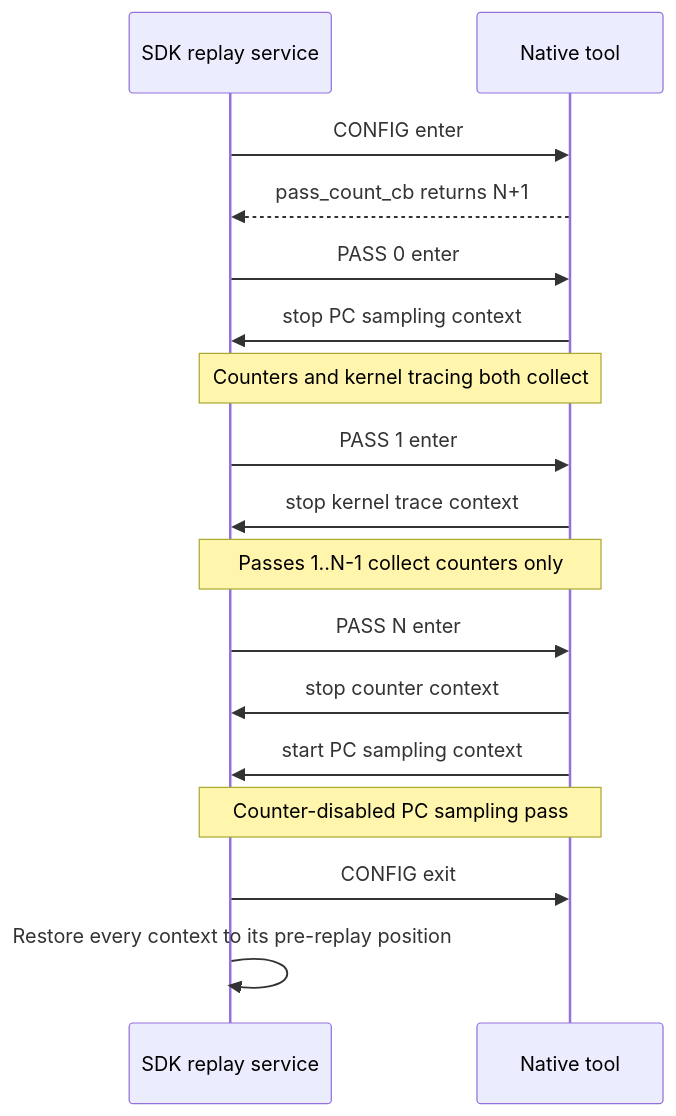
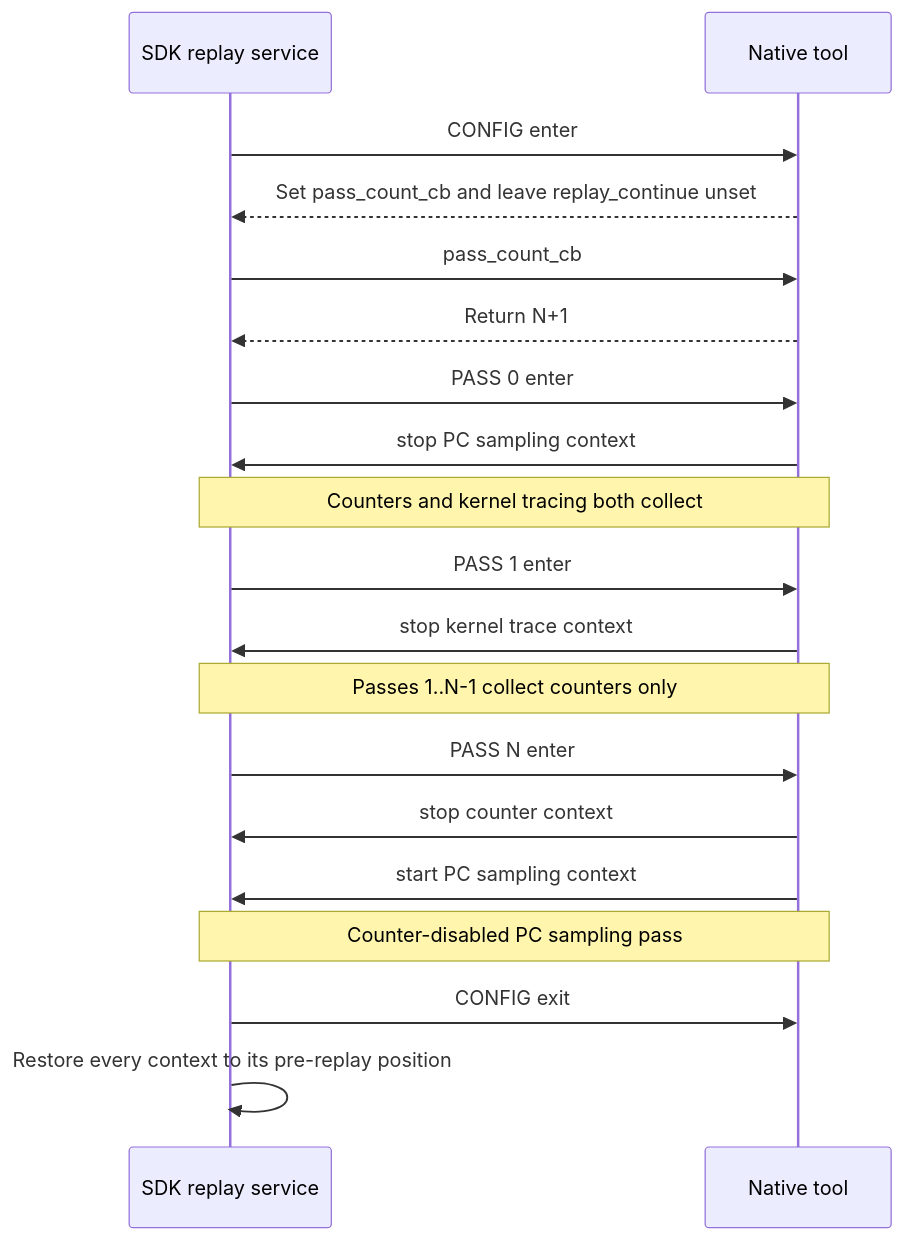
The fifth of 7 diagrams in projects/rocprofiler-compute/docs/design/hld-kernel-replay.md (ROCm/rocm-systems), drawn with Mermaid before and after one commit. The commit also changed other lines of this file, not shown here.

````diff
--- a/projects/rocprofiler-compute/docs/design/hld-kernel-replay.md
+++ b/projects/rocprofiler-compute/docs/design/hld-kernel-replay.md
@@ -278,20 +430,22 @@
 ```mermaid
 sequenceDiagram
     participant SDK as SDK replay service
     participant Tool as Native tool
 
     SDK->>Tool: CONFIG enter
-    Tool-->>SDK: pass_count_cb returns N+1
+    Tool-->>SDK: Set pass_count_cb and leave replay_continue unset
+    SDK->>Tool: pass_count_cb
+    Tool-->>SDK: Return N+1
     SDK->>Tool: PASS 0 enter
     Tool->>SDK: stop PC sampling context
     Note over Tool,SDK: Counters and kernel tracing both collect
     SDK->>Tool: PASS 1 enter
     Tool->>SDK: stop kernel trace context
     Note over Tool,SDK: Passes 1..N-1 collect counters only
     SDK->>Tool: PASS N enter
     Tool->>SDK: stop counter context
     Tool->>SDK: start PC sampling context
     Note over Tool,SDK: Counter-disabled PC sampling pass
     SDK->>Tool: CONFIG exit
     SDK->>SDK: Restore every context to its pre-replay position
 ```
````
